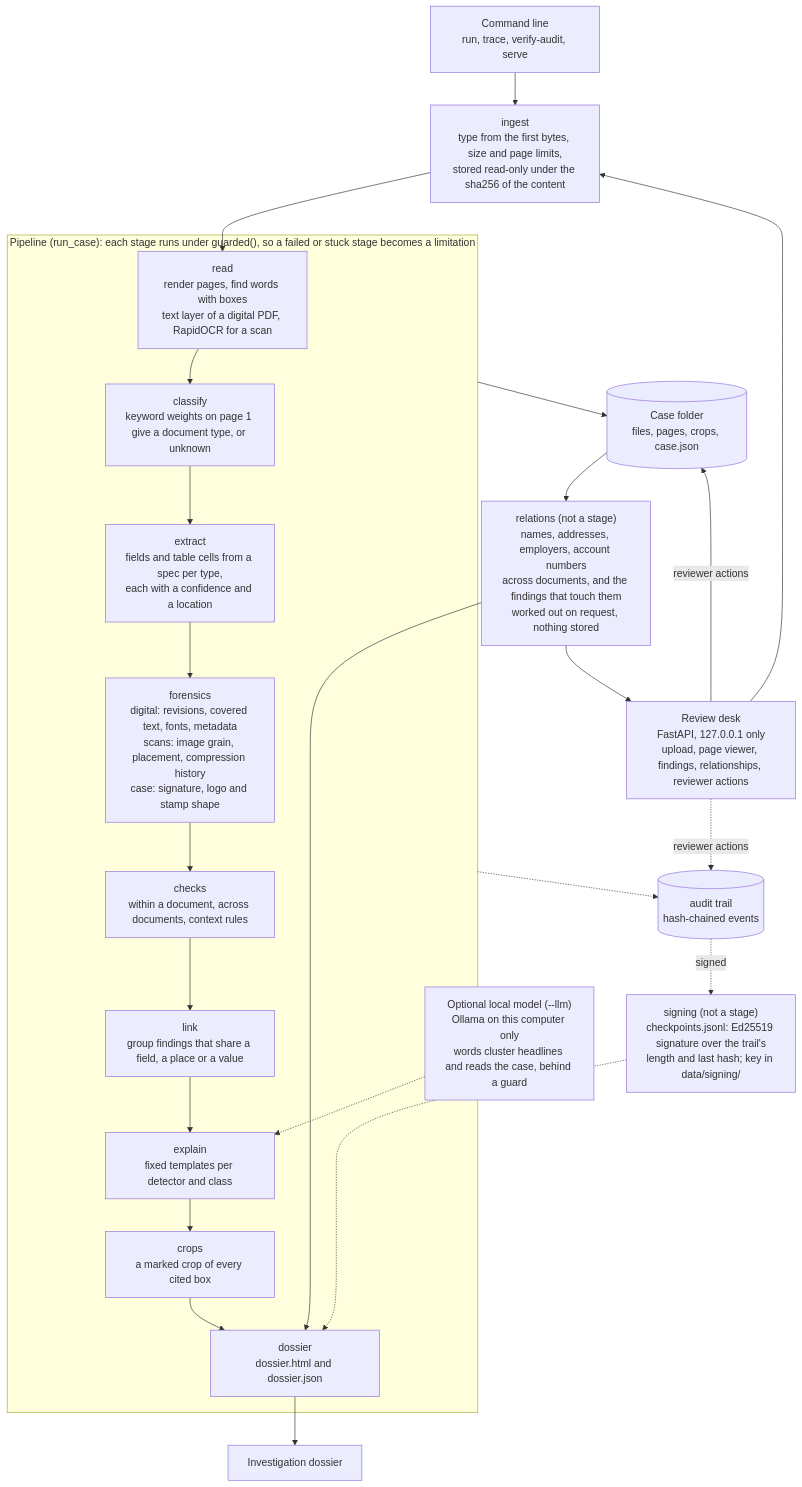
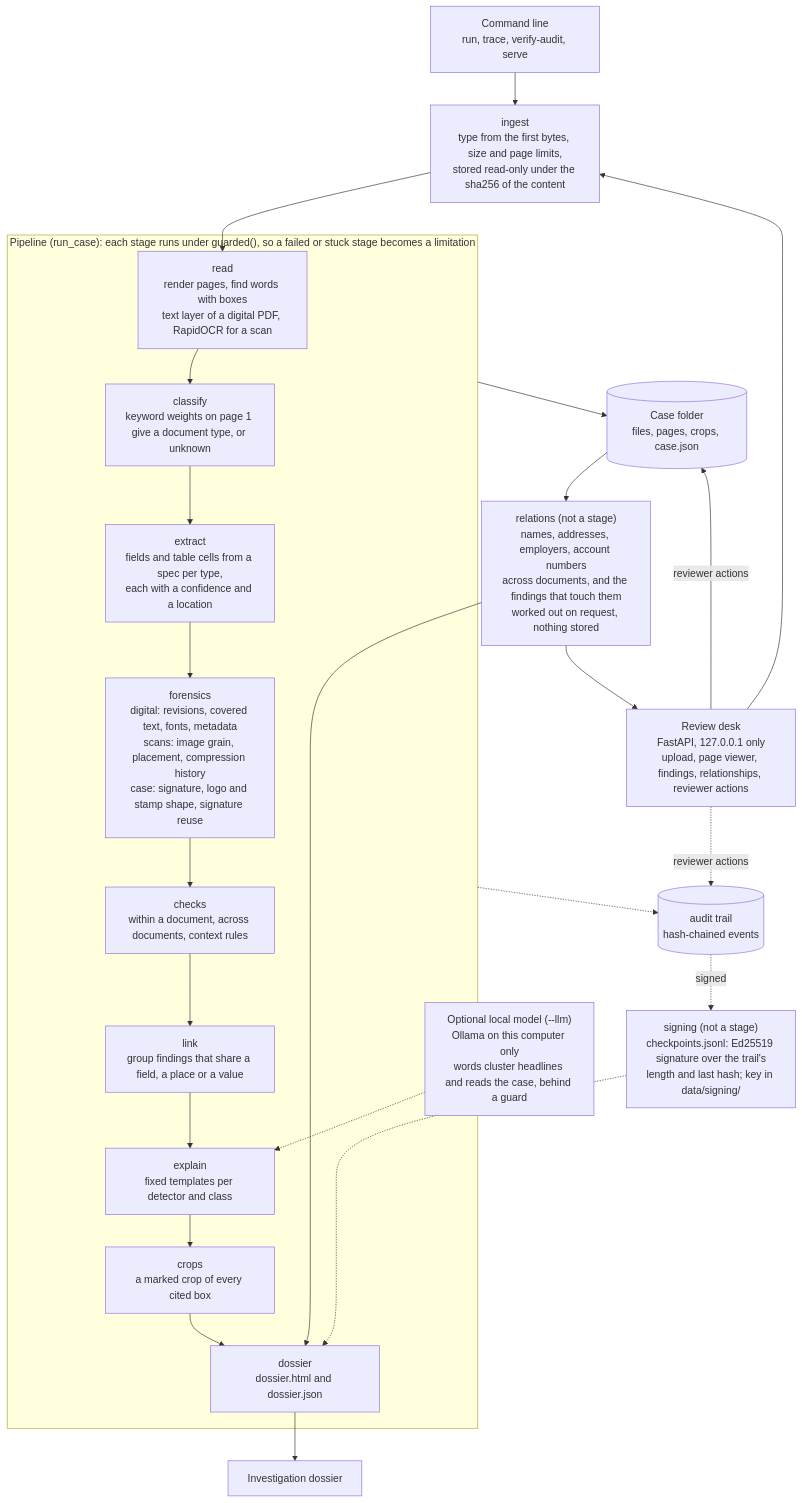
Before and after one commit to BU1lDR/docforensics: the diagram in docs/architecture.md, drawn with Mermaid. The commit also changed other lines of this file and 3 other files, not shown here.

Commit message:
h: the reused-signature check in the capability matrix (Partial, development figures), the stamp attempt kept as Unsupported, one limitation, the README and architecture lines; matrix regenerated: 31 rows, 47 limitations

````diff
--- a/docs/architecture.md
+++ b/docs/architecture.md
@@ -5,39 +5,39 @@
 ```mermaid
 flowchart TD
     cli["Command line<br/>run, trace, verify-audit, serve"]
     desk["Review desk<br/>FastAPI, 127.0.0.1 only<br/>upload, page viewer, findings, relationships, reviewer actions"]
     ingest["ingest<br/>type from the first bytes, size and page limits,<br/>stored read-only under the sha256 of the content"]
     cli --> ingest
     desk --> ingest
     ingest --> read
 
     subgraph pipeline["Pipeline (run_case): each stage runs under guarded(), so a failed or stuck stage becomes a limitation"]
         read["read<br/>render pages, find words with boxes<br/>text layer of a digital PDF, RapidOCR for a scan"]
         classify["classify<br/>keyword weights on page 1 give a document type, or unknown"]
         extract["extract<br/>fields and table cells from a spec per type,<br/>each with a confidence and a location"]
-        forensics["forensics<br/>digital: revisions, covered text, fonts, metadata<br/>scans: image grain, placement, compression history<br/>case: signature, logo and stamp shape"]
+        forensics["forensics<br/>digital: revisions, covered text, fonts, metadata<br/>scans: image grain, placement, compression history<br/>case: signature, logo and stamp shape, signature reuse"]
         checks["checks<br/>within a document, across documents, context rules"]
         link["link<br/>group findings that share a field, a place or a value"]
         explain["explain<br/>fixed templates per detector and class"]
         crops["crops<br/>a marked crop of every cited box"]
         dossier["dossier<br/>dossier.html and dossier.json"]
         read --> classify --> extract --> forensics --> checks --> link --> explain --> crops --> dossier
     end
 
     llm["Optional local model (--llm)<br/>Ollama on this computer only<br/>words cluster headlines and reads the case, behind a guard"]
     llm -.-> explain
     casefolder[("Case folder<br/>files, pages, crops, case.json")]
     audit[("audit trail<br/>hash-chained events")]
     sig["signing (not a stage)<br/>checkpoints.jsonl: Ed25519 signature over the trail's<br/>length and last hash; key in data/signing/"]
     relations["relations (not a stage)<br/>names, addresses, employers, account numbers<br/>across documents, and the findings that touch them<br/>worked out on request, nothing stored"]
     pipeline --> casefolder
     pipeline -.-> audit
     audit -.->|"signed"| sig
     sig -.-> dossier
     casefolder --> relations
     relations --> desk
     relations --> dossier
     desk -->|"reviewer actions"| casefolder
     desk -.->|"reviewer actions"| audit
     dossier --> report["Investigation dossier"]
 ```
````
